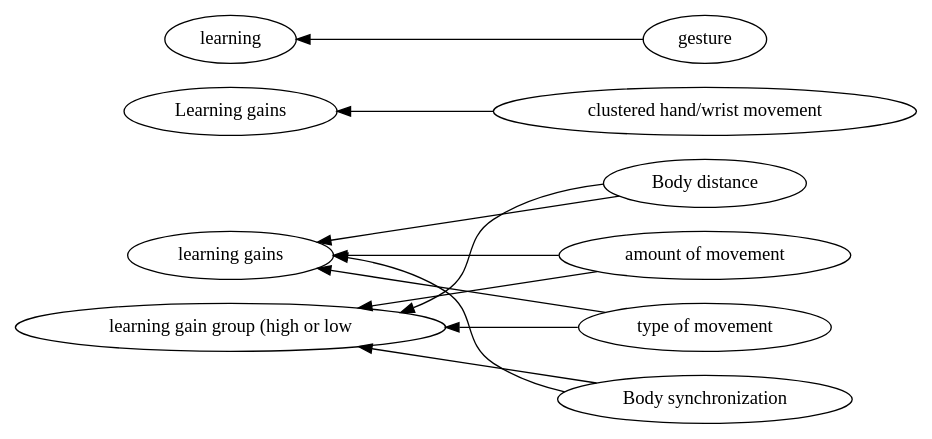
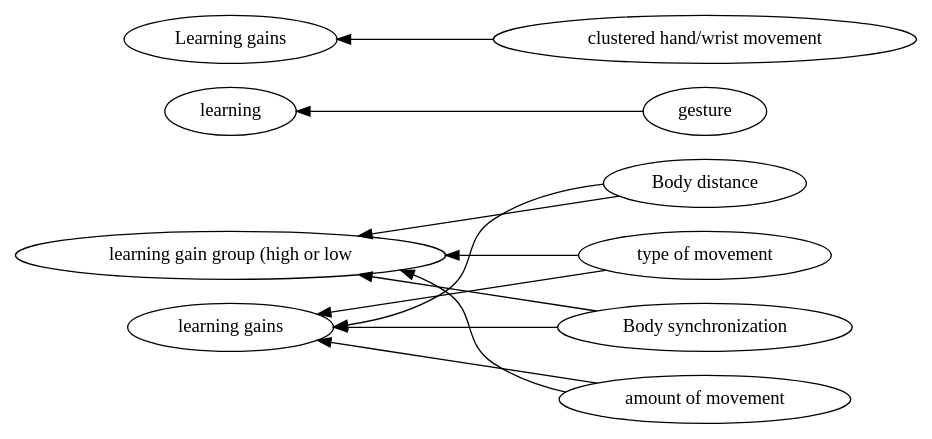
One commit to hgse-schneider/mmca changed the diagram in graphviz/Body -> learning.gv. Above: the diagram before and after it, drawn with Graphviz. The commit also changed 46 other files, not shown here.

```diff
--- a/graphviz/Body -> learning.gv
+++ b/graphviz/Body -> learning.gv
@@ -1,28 +1,28 @@
 digraph Test {
 	rankdir=RL
 	size="10,10"
 	overlap=false
 	splines=true
-	{rank=same; "type of movement" "clustered hand/wrist movement" "Body synchronization" "Body distance" "gesture" "amount of movement";}
-	{rank=same; "Learning gains" "learning gains" "learning gain group (high or low" "learning";}
-	gesture [href="https://scholar.google.com/scholar?hl=en&q=The%20Additive%20Value%20of%20Multimodal%20Features%20for%20Predicting%20Engagement,%20Frustration,%20and%20Learning%20during%20Tutoring"]
+	{rank=same; "Body synchronization" "amount of movement" "Body distance" "gesture" "type of movement" "clustered hand/wrist movement";}
+	{rank=same; "Learning gains" "learning" "learning gain group (high or low" "learning gains";}
+	gesture [href="https://scholar.google.com/scholar?hl=en&q=The%20Additive%20Value%20of%20Multimodal%20Features%20for%20Predicting%20Engagement,%20Frustration,%20and%20Learning%20during%20Tutoring" target=_blank]
 	gesture -> learning
-	"clustered hand/wrist movement" [href="https://scholar.google.com/scholar?hl=en&q=(Dis)Engagement%20Maters:%20Identifying%20Efficacious%20Learning%20Practices%20with%20Multimodal%20Learning%20Analytics"]
+	"clustered hand/wrist movement" [href="https://scholar.google.com/scholar?hl=en&q=(Dis)Engagement%20Maters:%20Identifying%20Efficacious%20Learning%20Practices%20with%20Multimodal%20Learning%20Analytics" target=_blank]
 	"clustered hand/wrist movement" -> "Learning gains"
-	"amount of movement" [href="https://scholar.google.com/scholar?hl=en&q=Unraveling%20Students'%20Interaction%20around%20a%20Tangible%20Interface%20Using%20Multimodal%20Learning%20Analytics."]
+	"amount of movement" [href="https://scholar.google.com/scholar?hl=en&q=Unraveling%20Students'%20Interaction%20around%20a%20Tangible%20Interface%20Using%20Multimodal%20Learning%20Analytics." target=_blank]
 	"amount of movement" -> "learning gains"
-	"type of movement" [href="https://scholar.google.com/scholar?hl=en&q=Unraveling%20Students'%20Interaction%20around%20a%20Tangible%20Interface%20Using%20Multimodal%20Learning%20Analytics."]
+	"type of movement" [href="https://scholar.google.com/scholar?hl=en&q=Unraveling%20Students'%20Interaction%20around%20a%20Tangible%20Interface%20Using%20Multimodal%20Learning%20Analytics." target=_blank]
 	"type of movement" -> "learning gains"
-	"Body synchronization" [href="https://scholar.google.com/scholar?hl=en&q=Unraveling%20Students'%20Interaction%20around%20a%20Tangible%20Interface%20Using%20Multimodal%20Learning%20Analytics."]
+	"Body synchronization" [href="https://scholar.google.com/scholar?hl=en&q=Unraveling%20Students'%20Interaction%20around%20a%20Tangible%20Interface%20Using%20Multimodal%20Learning%20Analytics." target=_blank]
 	"Body synchronization" -> "learning gains"
-	"Body distance" [href="https://scholar.google.com/scholar?hl=en&q=Unraveling%20Students'%20Interaction%20around%20a%20Tangible%20Interface%20Using%20Multimodal%20Learning%20Analytics."]
+	"Body distance" [href="https://scholar.google.com/scholar?hl=en&q=Unraveling%20Students'%20Interaction%20around%20a%20Tangible%20Interface%20Using%20Multimodal%20Learning%20Analytics." target=_blank]
 	"Body distance" -> "learning gains"
-	"amount of movement" [href="https://scholar.google.com/scholar?hl=en&q=Unraveling%20Students'%20Interaction%20around%20a%20Tangible%20Interface%20Using%20Multimodal%20Learning%20Analytics."]
+	"amount of movement" [href="https://scholar.google.com/scholar?hl=en&q=Unraveling%20Students'%20Interaction%20around%20a%20Tangible%20Interface%20Using%20Multimodal%20Learning%20Analytics." target=_blank]
 	"amount of movement" -> "learning gain group (high or low"
-	"type of movement" [href="https://scholar.google.com/scholar?hl=en&q=Unraveling%20Students'%20Interaction%20around%20a%20Tangible%20Interface%20Using%20Multimodal%20Learning%20Analytics."]
+	"type of movement" [href="https://scholar.google.com/scholar?hl=en&q=Unraveling%20Students'%20Interaction%20around%20a%20Tangible%20Interface%20Using%20Multimodal%20Learning%20Analytics." target=_blank]
 	"type of movement" -> "learning gain group (high or low"
-	"Body synchronization" [href="https://scholar.google.com/scholar?hl=en&q=Unraveling%20Students'%20Interaction%20around%20a%20Tangible%20Interface%20Using%20Multimodal%20Learning%20Analytics."]
+	"Body synchronization" [href="https://scholar.google.com/scholar?hl=en&q=Unraveling%20Students'%20Interaction%20around%20a%20Tangible%20Interface%20Using%20Multimodal%20Learning%20Analytics." target=_blank]
 	"Body synchronization" -> "learning gain group (high or low"
-	"Body distance" [href="https://scholar.google.com/scholar?hl=en&q=Unraveling%20Students'%20Interaction%20around%20a%20Tangible%20Interface%20Using%20Multimodal%20Learning%20Analytics."]
+	"Body distance" [href="https://scholar.google.com/scholar?hl=en&q=Unraveling%20Students'%20Interaction%20around%20a%20Tangible%20Interface%20Using%20Multimodal%20Learning%20Analytics." target=_blank]
 	"Body distance" -> "learning gain group (high or low"
 }
```
